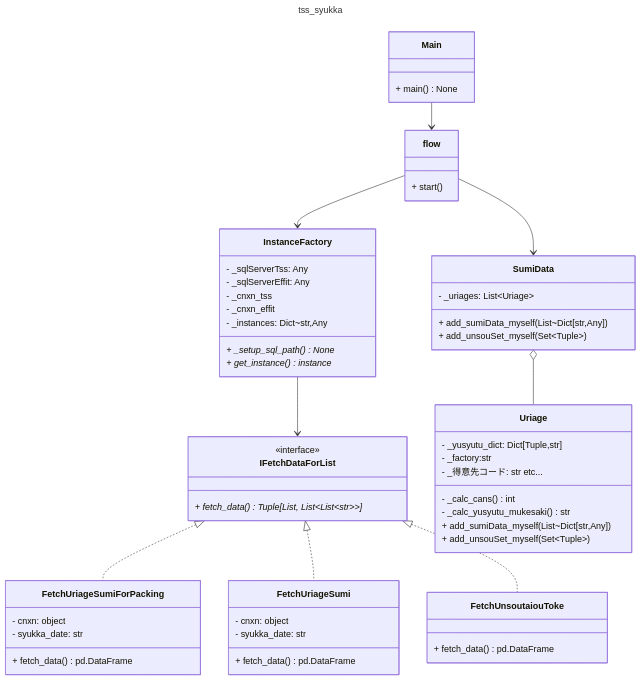
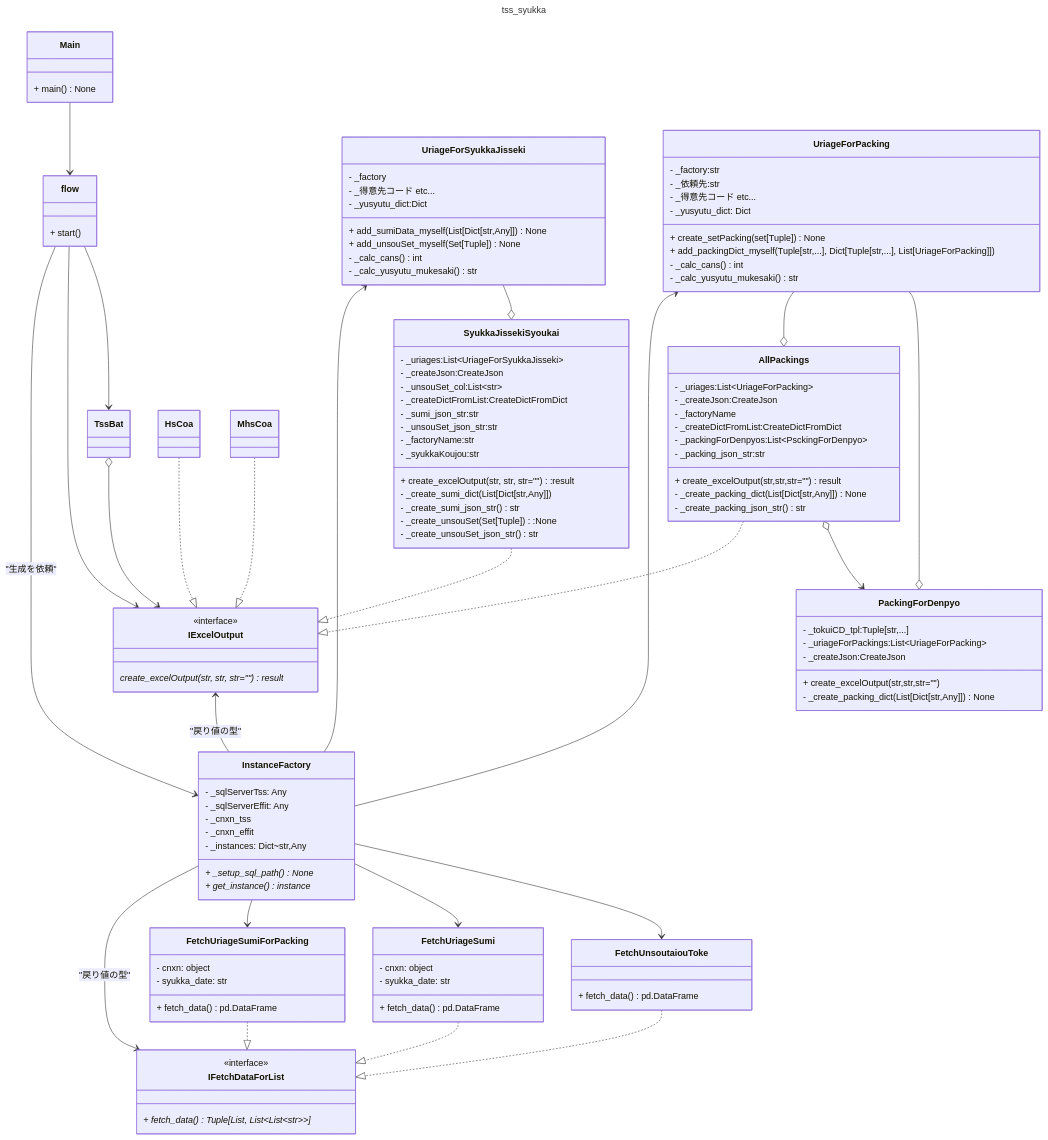
The first of 2 diagrams in tss_syukka.md (ogashira/tss_syukka), drawn with Mermaid before and after one commit. The commit also changed other lines of this file and 2 other files, not shown here.

````diff
--- a/tss_syukka.md
+++ b/tss_syukka.md
@@ -22,7 +22,7 @@
 title: tss_syukka
 ---
 classDiagram
-direction TB
+direction TB 
 
 class Main{
     + main()None
@@ -56,26 +56,85 @@
 class FetchUnsoutaiouToke{
     + fetch_data()pd.DataFrame
 }
-class SumiData{
-    - _uriages: List~Uriage~
-    + add_sumiData_myself(List~Dict[str,Any])
-    + add_unsouSet_myself(Set~Tuple~)
+class IExcelOutput{
+    <<interface>>
+    create_excelOutput(str, str, str="")result*
 }
-class Uriage{
-    - _yusyutu_dict: Dict[Tuple,str]
-    - _factory:str
-    - _得意先コード: str etc...
+class SyukkaJissekiSyoukai{
+    - _uriages:List~UriageForSyukkaJisseki~
+    - _createJson:CreateJson
+    - _unsouSet_col:List~str~
+    - _createDictFromList:CreateDictFromDict
+    - _sumi_json_str:str
+    - _unsouSet_json_str:str
+    - _factoryName:str
+    - _syukkaKoujou:str
+    + create_excelOutput(str, str, str=""):result
+    - _create_sumi_dict(List[Dict[str,Any]])
+    - _create_sumi_json_str()str
+    - _create_unsouSet(Set[Tuple]):None
+    - _create_unsouSet_json_str()str
+}
+class AllPackings{
+    - _uriages:List~UriageForPacking~
+    - _createJson:CreateJson
+    - _factoryName
+    - _createDictFromList:CreateDictFromDict
+    - _packingForDenpyos:List~PsckingForDenpyo~
+    - _packing_json_str:str
+    + create_excelOutput(str,str,str="")result
+    - _create_packing_dict(List[Dict[str,Any]])None
+    - _create_packing_json_str()str
+}
+class PackingForDenpyo{
+    - _tokuiCD_tpl:Tuple[str,...]
+    - _uriageForPackings:List~UriageForPacking~
+    - _createJson:CreateJson
+    + create_excelOutput(str,str,str="")
+    - _create_packing_dict(List[Dict[str,Any]])None
+}
+class UriageForSyukkaJisseki{
+    - _factory
+    - _得意先コード etc...
+    - _yusyutu_dict:Dict
+    + add_sumiData_myself(List[Dict[str,Any]])None
+    + add_unsouSet_myself(Set[Tuple])None
     - _calc_cans()int
     - _calc_yusyutu_mukesaki()str
-    + add_sumiData_myself(List~Dict[str,Any])
-    + add_unsouSet_myself(Set~Tuple~)
+}
+class UriageForPacking{
+    - _factory:str
+    - _依頼先:str
+    - _得意先コード etc...
+    - _yusyutu_dict: Dict
+    + create_setPacking(set[Tuple])None
+    + add_packingDict_myself(Tuple[str,...], Dict[Tuple[str,...], List[UriageForPacking]])
+    - _calc_cans()int
+    - _calc_yusyutu_mukesaki()str
 }
 Main --> flow
-flow --> InstanceFactory
-InstanceFactory --> IFetchDataForList
-IFetchDataForList <|.. FetchUriageSumiForPacking
-IFetchDataForList <|.. FetchUriageSumi
-IFetchDataForList <|.. FetchUnsoutaiouToke
-flow --> SumiData
-SumiData o-- Uriage
+flow --> InstanceFactory: "生成を依頼"
+flow --> IExcelOutput
+flow --> TssBat
+
+InstanceFactory --> IFetchDataForList : "戻り値の型"
+InstanceFactory --> FetchUriageSumiForPacking
+InstanceFactory --> FetchUriageSumi
+InstanceFactory --> FetchUnsoutaiouToke
+UriageForPacking <-- InstanceFactory
+UriageForSyukkaJisseki <-- InstanceFactory
+
+IExcelOutput <-- InstanceFactory : "戻り値の型"
+TssBat o--> IExcelOutput
+FetchUriageSumiForPacking ..|> IFetchDataForList
+FetchUriageSumi ..|> IFetchDataForList
+FetchUnsoutaiouToke ..|> IFetchDataForList
+SyukkaJissekiSyoukai ..|> IExcelOutput
+AllPackings ..|> IExcelOutput
+HsCoa ..|> IExcelOutput
+MhsCoa ..|> IExcelOutput
+AllPackings o--> PackingForDenpyo
+UriageForSyukkaJisseki --o SyukkaJissekiSyoukai
+UriageForPacking --o AllPackings
+UriageForPacking --o  PackingForDenpyo 
 ```
````
